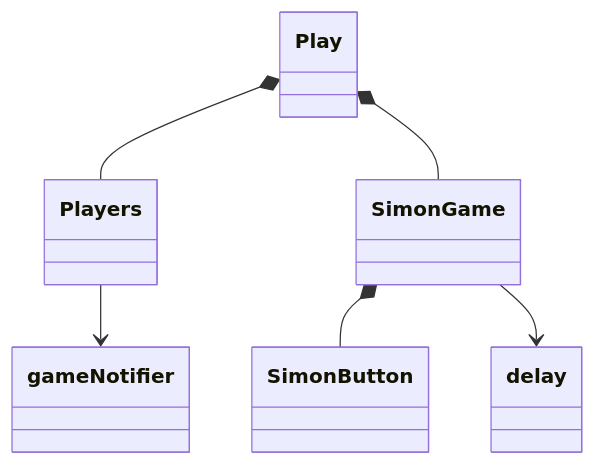
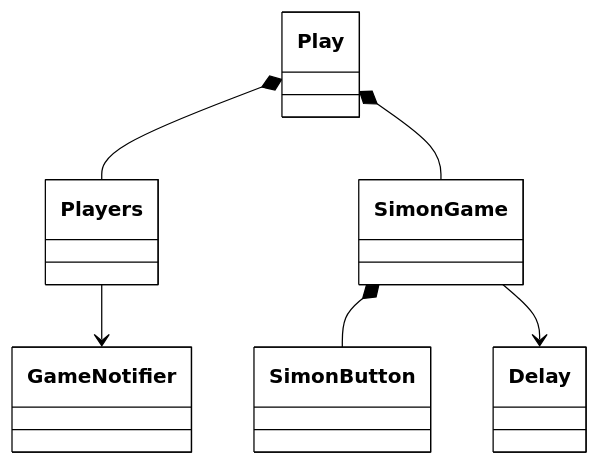
One commit to webprogramming260/webprogramming changed the first of 2 diagrams in instruction/simon/simonReact/simonReactP2.md. Above: the diagram before and after it, drawn with Mermaid. The commit also changed other lines of this file and 189 other files, not shown here.

````diff
--- a/instruction/simon/simonReact/simonReactP2.md
+++ b/instruction/simon/simonReact/simonReactP2.md
@@ -72,8 +72,18 @@
 ```mermaid
+%%{init: {
+  "theme": "base",
+  "themeVariables": {
+    "primaryColor": "#ffffff",
+    "primaryBorderColor": "#000000",
+    "primaryTextColor": "#000000",
+    "lineColor": "#000000"
+  }
+}}%%
+
 classDiagram
   Play *-- Players
-  Players --> gameNotifier
+  Players --> GameNotifier
   Play *-- SimonGame
   SimonGame *-- SimonButton
-  SimonGame --> delay
+  SimonGame --> Delay
 ```
````
